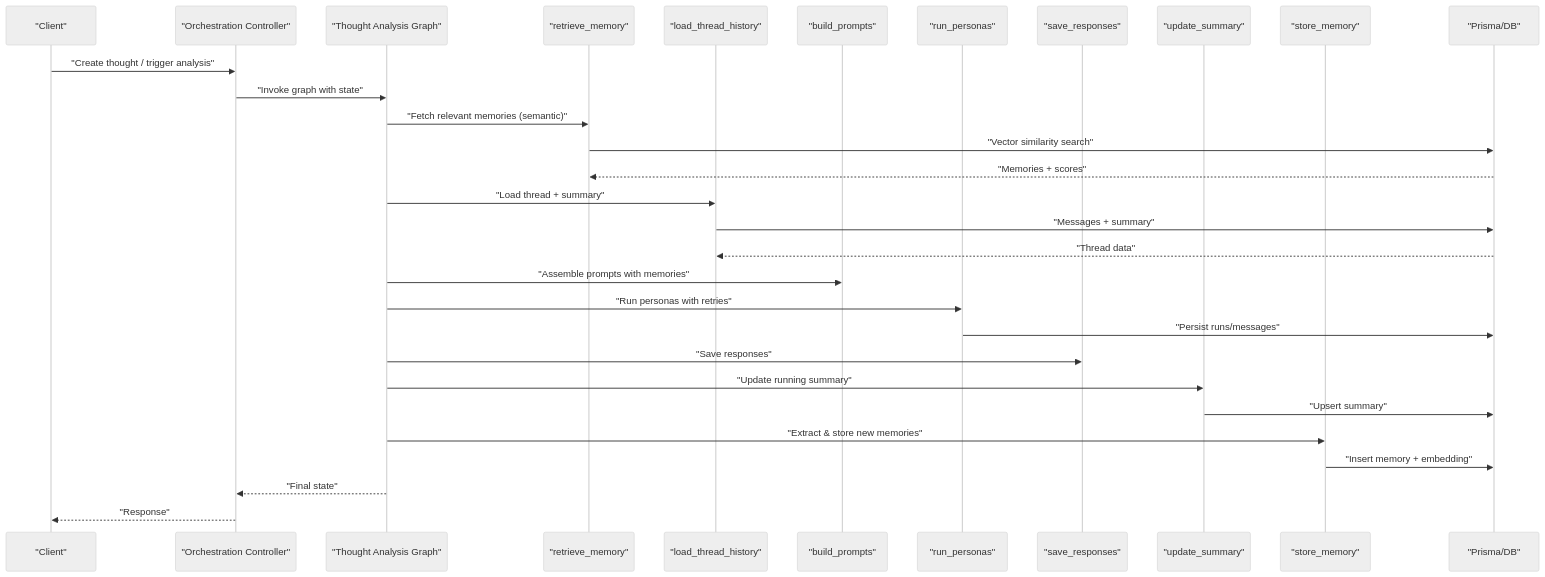
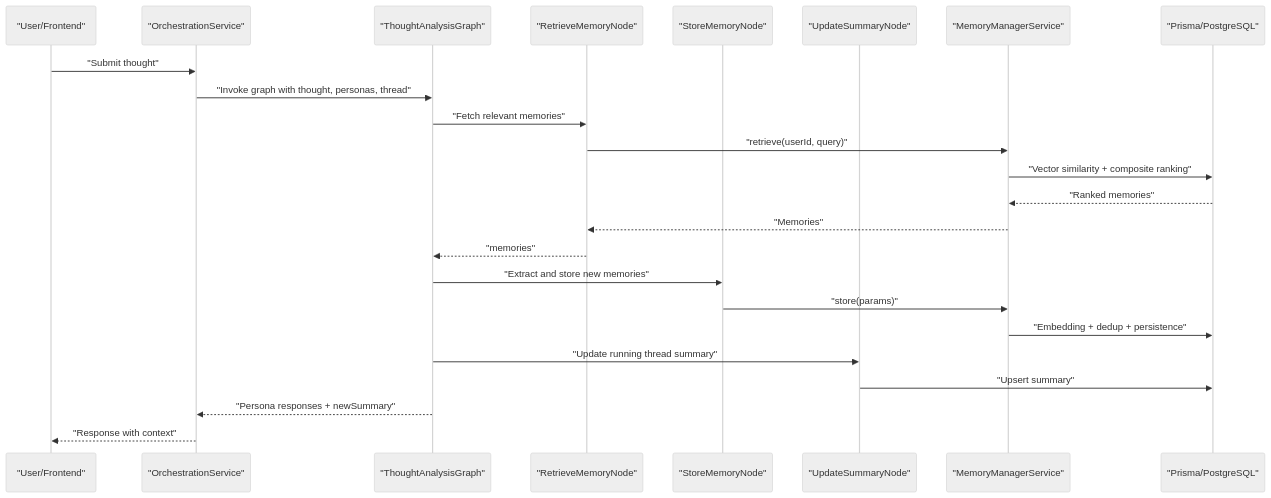
One commit to statgod6/4ever changed the second of 6 diagrams in .qoder/repowiki/en/content/Core Features/Thought & Memory System/Memory Consolidation & Retrieval.md. Above: the diagram before and after it, drawn with Mermaid (neutral theme). The commit also changed other lines of this file and 116 other files, not shown here.

````diff
--- a/.qoder/repowiki/en/content/Core Features/Thought & Memory System/Memory Consolidation & Retrieval.md
+++ b/.qoder/repowiki/en/content/Core Features/Thought & Memory System/Memory Consolidation & Retrieval.md
@@ -123,32 +137,26 @@
 ```mermaid
 sequenceDiagram
-participant Client as "Client"
-participant Ctrl as "Orchestration Controller"
-participant Graph as "Thought Analysis Graph"
-participant RM as "retrieve_memory"
-participant LTH as "load_thread_history"
-participant BP as "build_prompts"
-participant RP as "run_personas"
-participant SR as "save_responses"
-participant US as "update_summary"
-participant SM as "store_memory"
-participant DB as "Prisma/DB"
-Client->>Ctrl : "Create thought / trigger analysis"
-Ctrl->>Graph : "Invoke graph with state"
-Graph->>RM : "Fetch relevant memories (semantic)"
-RM->>DB : "Vector similarity search"
-DB-->>RM : "Memories + scores"
-Graph->>LTH : "Load thread + summary"
-LTH->>DB : "Messages + summary"
-DB-->>LTH : "Thread data"
-Graph->>BP : "Assemble prompts with memories"
-Graph->>RP : "Run personas with retries"
-RP->>DB : "Persist runs/messages"
-Graph->>SR : "Save responses"
-Graph->>US : "Update running summary"
-US->>DB : "Upsert summary"
-Graph->>SM : "Extract & store new memories"
-SM->>DB : "Insert memory + embedding"
-Graph-->>Ctrl : "Final state"
-Ctrl-->>Client : "Response"
+participant User as "User/Frontend"
+participant API as "OrchestrationService"
+participant Graph as "ThoughtAnalysisGraph"
+participant Retrieve as "RetrieveMemoryNode"
+participant Store as "StoreMemoryNode"
+participant Summary as "UpdateSummaryNode"
+participant Memory as "MemoryManagerService"
+participant DB as "Prisma/PostgreSQL"
+User->>API : "Submit thought"
+API->>Graph : "Invoke graph with thought, personas, thread"
+Graph->>Retrieve : "Fetch relevant memories"
+Retrieve->>Memory : "retrieve(userId, query)"
+Memory->>DB : "Vector similarity + composite ranking"
+DB-->>Memory : "Ranked memories"
+Memory-->>Retrieve : "Memories"
+Retrieve-->>Graph : "memories"
+Graph->>Store : "Extract and store new memories"
+Store->>Memory : "store(params)"
+Memory->>DB : "Embedding + dedup + persistence"
+Graph->>Summary : "Update running thread summary"
+Summary->>DB : "Upsert summary"
+Graph-->>API : "Persona responses + newSummary"
+API-->>User : "Response with context"
 ```
````
